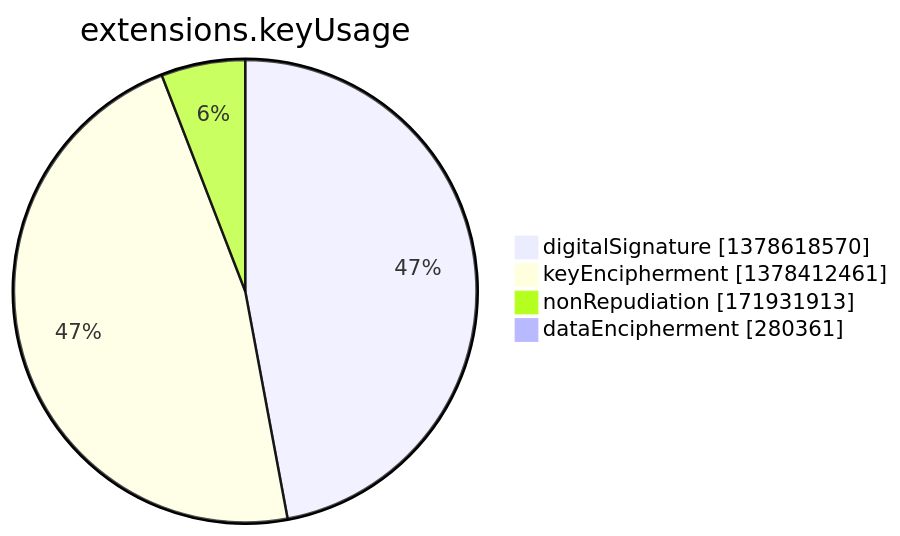
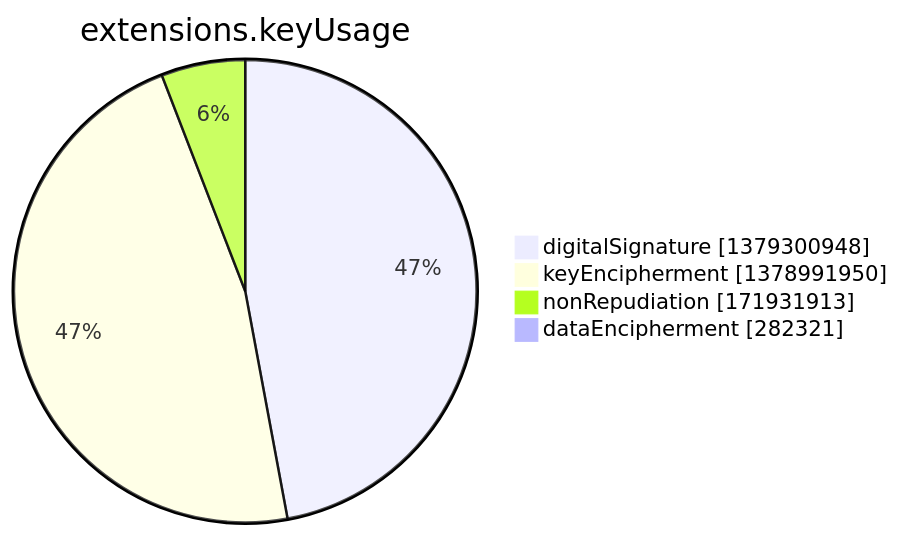
Before and after one commit to christiankrug/ctmonitor_visualization: the seventh of 15 diagrams in argon2022/README.md, drawn with Mermaid. The commit also changed other lines of this file, not shown here.

````diff
--- a/argon2022/README.md
+++ b/argon2022/README.md
@@ -2751,8 +2751,8 @@
 ```mermaid
 pie showData
 title extensions.keyUsage
-"digitalSignature" :1378618570
-"keyEncipherment" :1378412461
+"digitalSignature" :1379300948
+"keyEncipherment" :1378991950
 "nonRepudiation" :171931913
-"dataEncipherment" :280361
+"dataEncipherment" :282321
 ```
````
